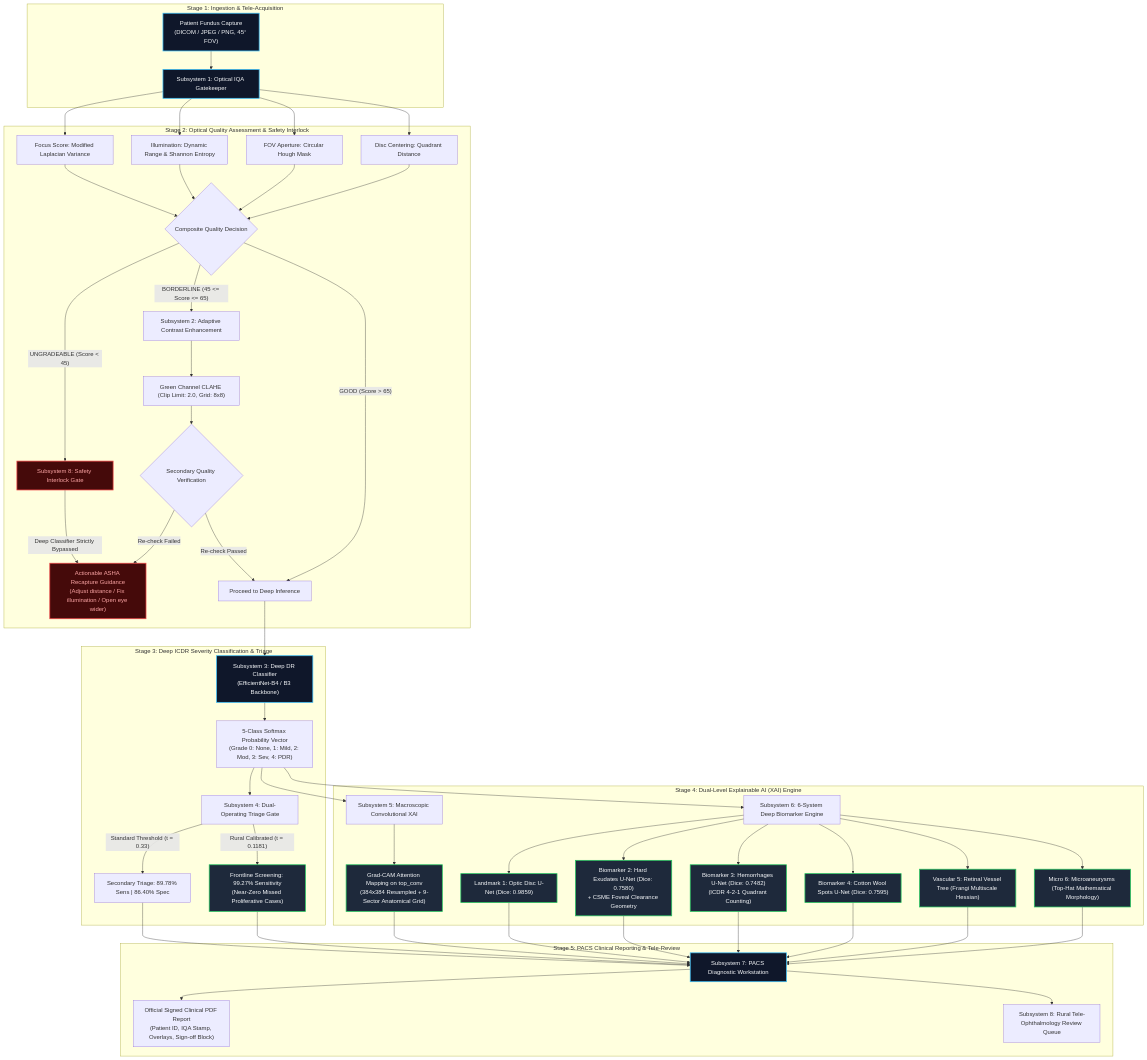
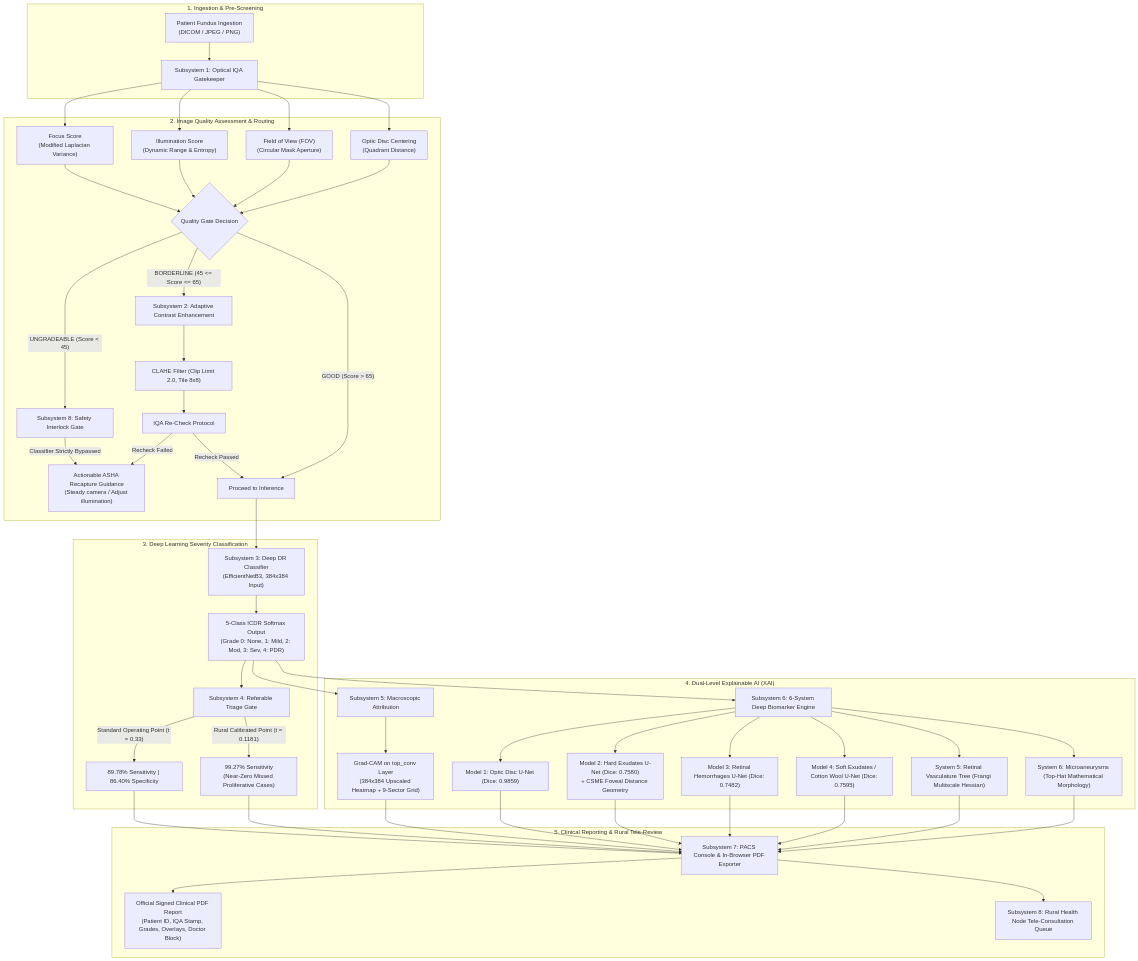
The first of 2 diagrams in README.md (Daksh-create349/sih-dr-screening-xai), drawn with Mermaid before and after one commit. The commit also changed other lines of this file, not shown here.

````diff
--- a/README.md
+++ b/README.md
@@ -87,61 +69,54 @@
 ```mermaid
 flowchart TD
-    subgraph INGESTION ["Stage 1: Ingestion & Tele-Acquisition"]
-        A["Patient Fundus Capture<br/>(DICOM / JPEG / PNG, 45° FOV)"] --> B["Subsystem 1: Optical IQA Gatekeeper"]
+    subgraph INGESTION ["1. Ingestion & Pre-Screening"]
+        A["Patient Fundus Ingestion<br/>(DICOM / JPEG / PNG)"] --> B["Subsystem 1: Optical IQA Gatekeeper"]
     end
 
-    subgraph IQA_GATE ["Stage 2: Optical Quality Assessment & Safety Interlock"]
-        B --> B1["Focus Score: Modified Laplacian Variance"]
-        B --> B2["Illumination: Dynamic Range & Shannon Entropy"]
-        B --> B3["FOV Aperture: Circular Hough Mask"]
-        B --> B4["Disc Centering: Quadrant Distance"]
+    subgraph IQA_GATE ["2. Image Quality Assessment & Routing"]
+        B --> B1["Focus Score<br/>(Modified Laplacian Variance)"]
+        B --> B2["Illumination Score<br/>(Dynamic Range & Entropy)"]
+        B --> B3["Field of View (FOV)<br/>(Circular Mask Aperture)"]
+        B --> B4["Optic Disc Centering<br/>(Quadrant Distance)"]
         
-        B1 & B2 & B3 & B4 --> C{"Composite Quality Decision"}
+        B1 & B2 & B3 & B4 --> C{"Quality Gate Decision"}
         
         C -->|"UNGRADEABLE (Score < 45)"| D["Subsystem 8: Safety Interlock Gate"]
-        D -->|"Deep Classifier Strictly Bypassed"| D1["Actionable ASHA Recapture Guidance<br/>(Adjust distance / Fix illumination / Open eye wider)"]
+        D -->|"Classifier Strictly Bypassed"| D1["Actionable ASHA Recapture Guidance<br/>(Steady camera / Adjust illumination)"]
         
         C -->|"BORDERLINE (45 <= Score <= 65)"| E["Subsystem 2: Adaptive Contrast Enhancement"]
-        E --> E1["Green Channel CLAHE (Clip Limit: 2.0, Grid: 8x8)"]
-        E1 --> F{"Secondary Quality Verification"}
-        F -->|"Re-check Passed"| G["Proceed to Deep Inference"]
-        F -->|"Re-check Failed"| D1
+        E --> E1["CLAHE Filter (Clip Limit 2.0, Tile 8x8)"]
+        E1 --> F["IQA Re-Check Protocol"]
+        F -->|"Recheck Passed"| G["Proceed to Inference"]
+        F -->|"Recheck Failed"| D1
         
         C -->|"GOOD (Score > 65)"| G
     end
 
-    subgraph DEEP_INFERENCE ["Stage 3: Deep ICDR Severity Classification & Triage"]
-        G --> H["Subsystem 3: Deep DR Classifier<br/>(EfficientNet-B4 / B3 Backbone)"]
-        H --> H1["5-Class Softmax Probability Vector<br/>(Grade 0: None, 1: Mild, 2: Mod, 3: Sev, 4: PDR)"]
+    subgraph DEEP_INFERENCE ["3. Deep Learning Severity Classification"]
+        G --> H["Subsystem 3: Deep DR Classifier<br/>(EfficientNetB3, 384x384 Input)"]
+        H --> H1["5-Class ICDR Softmax Output<br/>(Grade 0: None, 1: Mild, 2: Mod, 3: Sev, 4: PDR)"]
         
-        H1 --> I["Subsystem 4: Dual-Operating Triage Gate"]
-        I -->|"Standard Threshold (t = 0.33)"| I1["Secondary Triage: 89.78% Sens | 86.40% Spec"]
-        I -->|"Rural Calibrated (t = 0.1181)"| I2["Frontline Screening: 99.27% Sensitivity<br/>(Near-Zero Missed Proliferative Cases)"]
+        H1 --> I["Subsystem 4: Referable Triage Gate"]
+        I -->|"Standard Operating Point (t = 0.33)"| I1["89.78% Sensitivity | 86.40% Specificity"]
+        I -->|"Rural Calibrated Point (t = 0.1181)"| I2["99.27% Sensitivity<br/>(Near-Zero Missed Proliferative Cases)"]
     end
 
-    subgraph EXPLAINABILITY ["Stage 4: Dual-Level Explainable AI (XAI) Engine"]
-        H1 --> J["Subsystem 5: Macroscopic Convolutional XAI"]
-        J --> J1["Grad-CAM Attention Mapping on top_conv<br/>(384x384 Resampled + 9-Sector Anatomical Grid)"]
+    subgraph EXPLAINABILITY ["4. Dual-Level Explainable AI (XAI)"]
+        H1 --> J["Subsystem 5: Macroscopic Attribution"]
+        J --> J1["Grad-CAM on top_conv Layer<br/>(384x384 Upscaled Heatmap + 9-Sector Grid)"]
         
         H1 --> K["Subsystem 6: 6-System Deep Biomarker Engine"]
-        K --> K1["Landmark 1: Optic Disc U-Net (Dice: 0.9859)"]
-        K --> K2["Biomarker 2: Hard Exudates U-Net (Dice: 0.7580)<br/>+ CSME Foveal Clearance Geometry"]
-        K --> K3["Biomarker 3: Hemorrhages U-Net (Dice: 0.7482)<br/>(ICDR 4-2-1 Quadrant Counting)"]
-        K --> K4["Biomarker 4: Cotton Wool Spots U-Net (Dice: 0.7595)"]
-        K --> K5["Vascular 5: Retinal Vessel Tree (Frangi Multiscale Hessian)"]
-        K --> K6["Micro 6: Microaneurysms (Top-Hat Mathematical Morphology)"]
+        K --> K1["Model 1: Optic Disc U-Net (Dice: 0.9859)"]
+        K --> K2["Model 2: Hard Exudates U-Net (Dice: 0.7580)<br/>+ CSME Foveal Distance Geometry"]
+        K --> K3["Model 3: Retinal Hemorrhages U-Net (Dice: 0.7482)"]
+        K --> K4["Model 4: Soft Exudates / Cotton Wool U-Net (Dice: 0.7595)"]
+        K --> K5["System 5: Retinal Vasculature Tree (Frangi Multiscale Hessian)"]
+        K --> K6["System 6: Microaneurysms (Top-Hat Mathematical Morphology)"]
     end
 
-    subgraph REPORTING ["Stage 5: PACS Clinical Reporting & Tele-Review"]
-        I1 & I2 & J1 & K1 & K2 & K3 & K4 & K5 & K6 --> L["Subsystem 7: PACS Diagnostic Workstation"]
-        L --> M["Official Signed Clinical PDF Report<br/>(Patient ID, IQA Stamp, Overlays, Sign-off Block)"]
-        L --> N["Subsystem 8: Rural Tele-Ophthalmology Review Queue"]
+    subgraph OUTPUTS ["5. Clinical Reporting & Rural Tele-Review"]
+        I1 & I2 & J1 & K1 & K2 & K3 & K4 & K5 & K6 --> L["Subsystem 7: PACS Console & In-Browser PDF Exporter"]
+        L --> M["Official Signed Clinical PDF Report<br/>(Patient ID, IQA Stamp, Grades, Overlays, Doctor Block)"]
+        L --> N["Subsystem 8: Rural Health Node Tele-Consultation Queue"]
     end
-
-    classDef primary fill:#0f172a,stroke:#38bdf8,stroke-width:2px,color:#f8fafc;
-    classDef highlight fill:#1e293b,stroke:#22c55e,stroke-width:2px,color:#f8fafc;
-    classDef warn fill:#450a0a,stroke:#ef4444,stroke-width:2px,color:#fca5a5;
-    class A,B,H,L primary;
-    class I2,J1,K1,K2,K3,K4,K5,K6 highlight;
-    class D,D1 warn;
 ```
````
